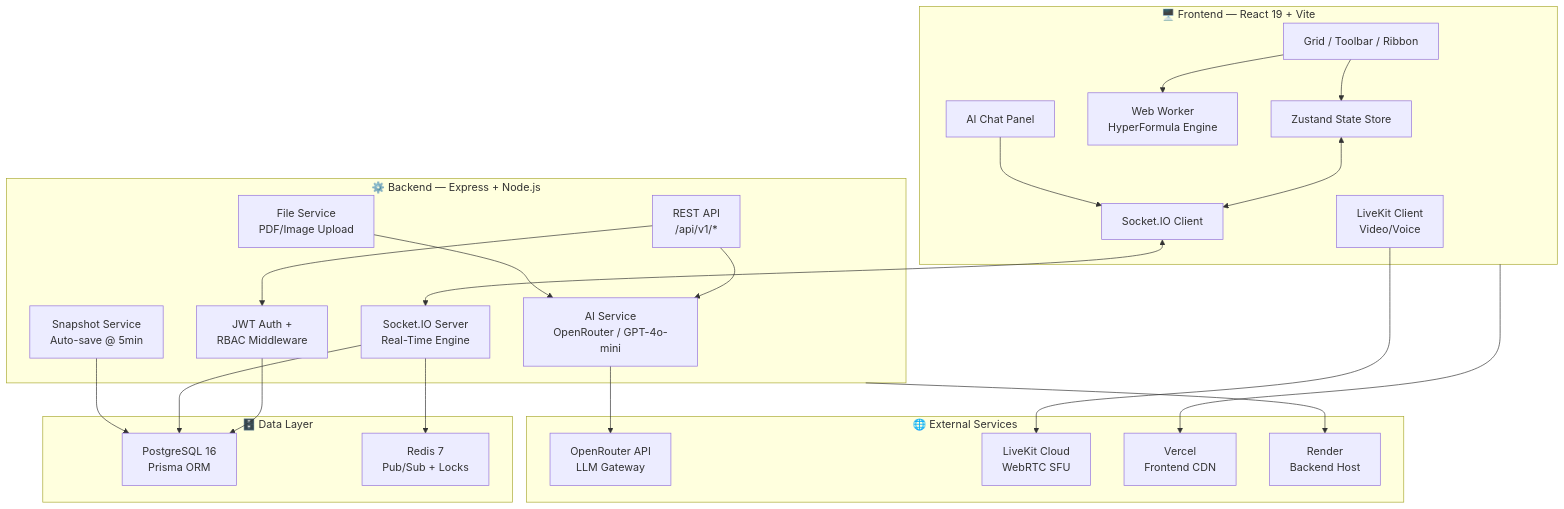
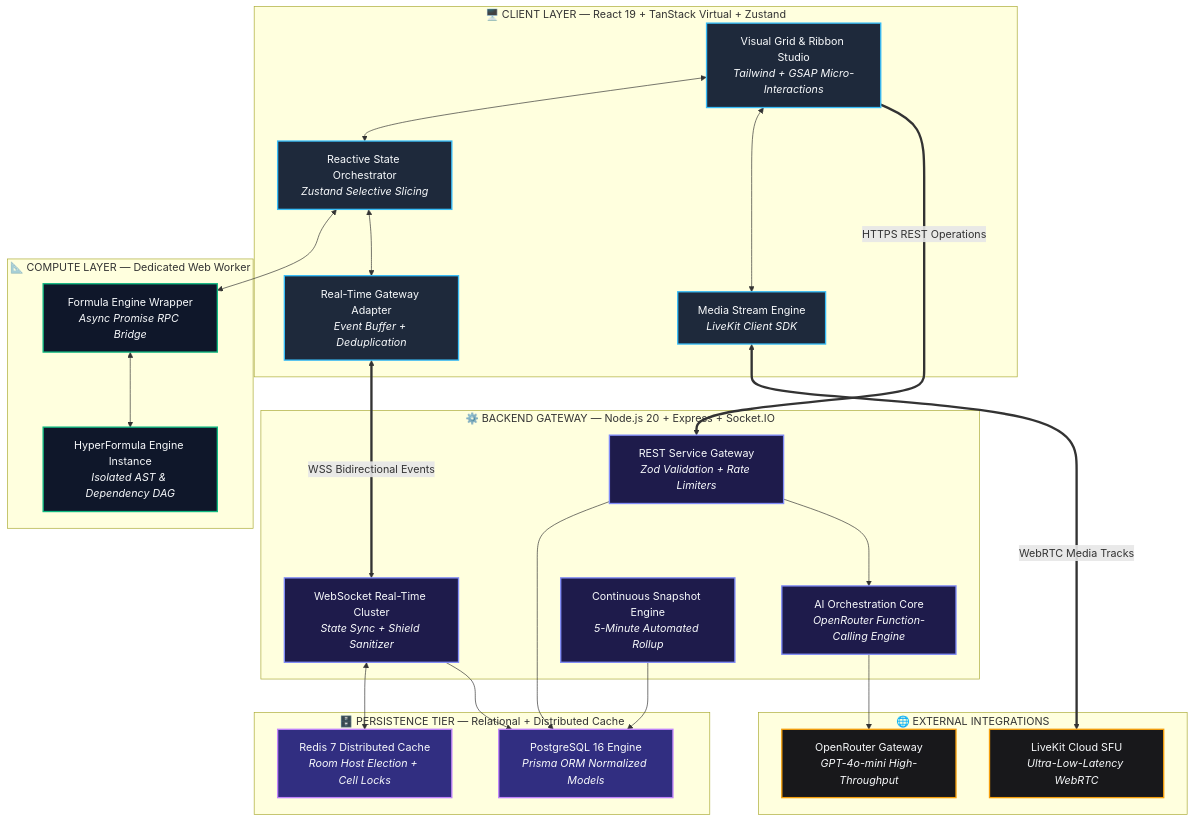
One commit to narwal4421/dora-sheet changed the first of 4 diagrams in README.md. Above: the diagram before and after it, drawn with Mermaid. The commit also changed other lines of this file, not shown here.

````diff
--- a/README.md
+++ b/README.md
@@ -104,49 +77,58 @@
 ```mermaid
 graph TB
-    subgraph Client["🖥️ Frontend — React 19 + Vite"]
-        UI["Grid / Toolbar / Ribbon"]
-        Store["Zustand State Store"]
-        Socket["Socket.IO Client"]
-        Worker["Web Worker<br/>HyperFormula Engine"]
-        AI_Panel["AI Chat Panel"]
-        LiveKit_C["LiveKit Client<br/>Video/Voice"]
+    %% Styling Definitions
+    classDef clientNode fill:#1E293B,stroke:#38BDF8,stroke-width:2px,color:#F8FAFC;
+    classDef workerNode fill:#0F172A,stroke:#10B981,stroke-width:2px,color:#F8FAFC;
+    classDef serverNode fill:#1E1B4B,stroke:#818CF8,stroke-width:2px,color:#F8FAFC;
+    classDef dbNode fill:#312E81,stroke:#C084FC,stroke-width:2px,color:#F8FAFC;
+    classDef externalNode fill:#18181B,stroke:#F59E0B,stroke-width:2px,color:#F8FAFC;
+
+    subgraph ClientTier["🖥️ CLIENT LAYER — React 19 + TanStack Virtual + Zustand"]
+        UI["Visual Grid & Ribbon Studio<br/><i>Tailwind + GSAP Micro-Interactions</i>"]:::clientNode
+        Store["Reactive State Orchestrator<br/><i>Zustand Selective Slicing</i>"]:::clientNode
+        SocketClient["Real-Time Gateway Adapter<br/><i>Event Buffer + Deduplication</i>"]:::clientNode
+        WebRTCClient["Media Stream Engine<br/><i>LiveKit Client SDK</i>"]:::clientNode
     end
 
-    subgraph Server["⚙️ Backend — Express + Node.js"]
-        API["REST API<br/>/api/v1/*"]
-        WS["Socket.IO Server<br/>Real-Time Engine"]
-        Auth["JWT Auth +<br/>RBAC Middleware"]
-        AI_Svc["AI Service<br/>OpenRouter / GPT-4o-mini"]
-        Snap["Snapshot Service<br/>Auto-save @ 5min"]
-        File_Svc["File Service<br/>PDF/Image Upload"]
+    subgraph WorkerTier["📐 COMPUTE LAYER — Dedicated Web Worker"]
+        Wrapper["Formula Engine Wrapper<br/><i>Async Promise RPC Bridge</i>"]:::workerNode
+        HyperFormula["HyperFormula Engine Instance<br/><i>Isolated AST & Dependency DAG</i>"]:::workerNode
     end
 
-    subgraph Data["🗄️ Data Layer"]
-        PG["PostgreSQL 16<br/>Prisma ORM"]
-        Redis["Redis 7<br/>Pub/Sub + Locks"]
+    subgraph ServerTier["⚙️ BACKEND GATEWAY — Node.js 20 + Express + Socket.IO"]
+        RestAPI["REST Service Gateway<br/><i>Zod Validation + Rate Limiters</i>"]:::serverNode
+        SocketServer["WebSocket Real-Time Cluster<br/><i>State Sync + Shield Sanitizer</i>"]:::serverNode
+        AIService["AI Orchestration Core<br/><i>OpenRouter Function-Calling Engine</i>"]:::serverNode
+        SnapshotWorker["Continuous Snapshot Engine<br/><i>5-Minute Automated Rollup</i>"]:::serverNode
     end
 
-    subgraph External["🌐 External Services"]
-        OpenRouter["OpenRouter API<br/>LLM Gateway"]
-        LK["LiveKit Cloud<br/>WebRTC SFU"]
-        Vercel["Vercel<br/>Frontend CDN"]
-        Render["Render<br/>Backend Host"]
+    subgraph DataTier["🗄️ PERSISTENCE TIER — Relational + Distributed Cache"]
+        Postgres["PostgreSQL 16 Engine<br/><i>Prisma ORM Normalized Models</i>"]:::dbNode
+        Redis["Redis 7 Distributed Cache<br/><i>Room Host Election + Cell Locks</i>"]:::dbNode
     end
 
-    UI --> Store
-    Store <--> Socket
-    UI --> Worker
-    AI_Panel --> Socket
-    Socket <--> WS
-    API --> Auth
-    Auth --> PG
-    WS --> Redis
-    WS --> PG
-    API --> AI_Svc
-    AI_Svc --> OpenRouter
-    Snap --> PG
-    LiveKit_C --> LK
-    File_Svc --> AI_Svc
-    Client --> Vercel
-    Server --> Render
+    subgraph CloudTier["🌐 EXTERNAL INTEGRATIONS"]
+        OpenRouter["OpenRouter Gateway<br/><i>GPT-4o-mini High-Throughput</i>"]:::externalNode
+        LiveKitCloud["LiveKit Cloud SFU<br/><i>Ultra-Low-Latency WebRTC</i>"]:::externalNode
+    end
+
+    %% Internal Client Flow
+    UI <--> Store
+    Store <--> Wrapper
+    Wrapper <--> HyperFormula
+    Store <--> SocketClient
+    UI <--> WebRTCClient
+
+    %% Client-Server Wire
+    SocketClient <===>|WSS Bidirectional Events| SocketServer
+    UI ==>|HTTPS REST Operations| RestAPI
+    WebRTCClient <===>|WebRTC Media Tracks| LiveKitCloud
+
+    %% Server Internal Flow
+    RestAPI --> Postgres
+    SocketServer <--> Redis
+    SocketServer --> Postgres
+    SnapshotWorker --> Postgres
+    AIService --> OpenRouter
+    RestAPI --> AIService
 ```
````
